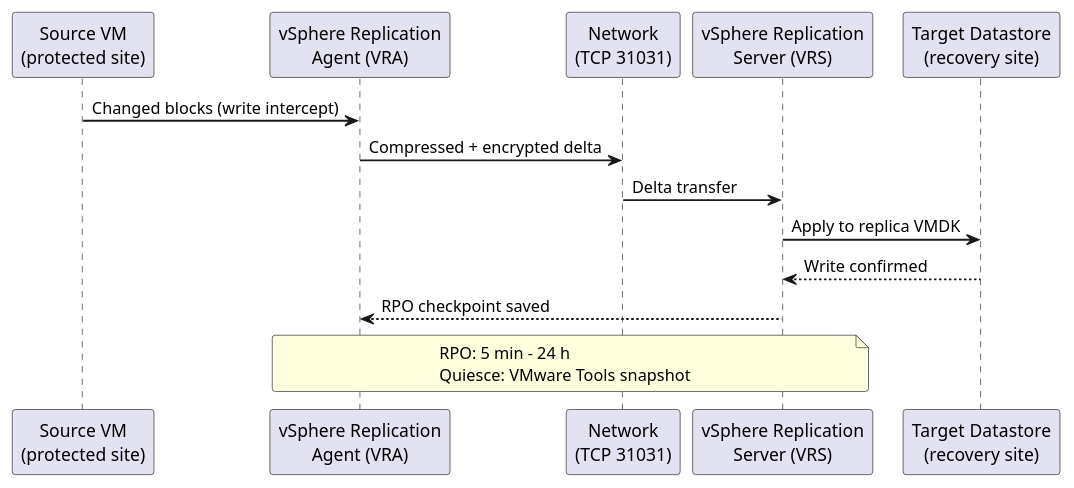
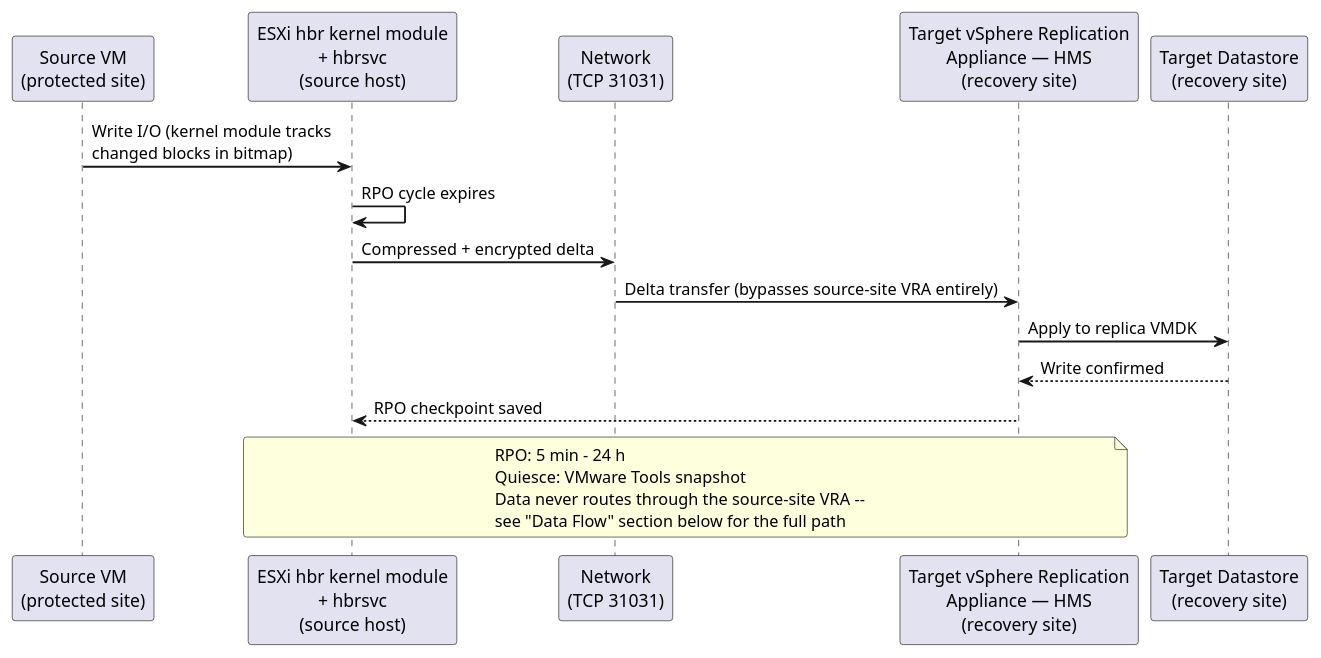
Before and after one commit to canast01/chris-kb: the diagram in docs/virtualization/vmware/vsphere-replication/architecture/how-it-works.md, drawn with PlantUML. The commit also changed other lines of this file, not shown here.

````diff
--- a/docs/virtualization/vmware/vsphere-replication/architecture/how-it-works.md
+++ b/docs/virtualization/vmware/vsphere-replication/architecture/how-it-works.md
@@ -16,24 +16,27 @@
 ```plantuml
 @startuml
 skinparam sequenceArrowThickness 1.5
 skinparam roundcorner 5
 
 participant "Source VM\n(protected site)" as SRC
-participant "vSphere Replication\nAgent (VRA)" as VRA_S
+participant "ESXi hbr kernel module\n+ hbrsvc\n(source host)" as HBR
 participant "Network\n(TCP 31031)" as NET
-participant "vSphere Replication\nServer (VRS)" as VRS_R
+participant "Target vSphere Replication\nAppliance — HMS\n(recovery site)" as TVRA
 participant "Target Datastore\n(recovery site)" as TGT
 
-SRC -> VRA_S: Changed blocks (write intercept)
-VRA_S -> NET: Compressed + encrypted delta
-NET -> VRS_R: Delta transfer
-VRS_R -> TGT: Apply to replica VMDK
-TGT --> VRS_R: Write confirmed
-VRS_R --> VRA_S: RPO checkpoint saved
+SRC -> HBR: Write I/O (kernel module tracks\nchanged blocks in bitmap)
+HBR -> HBR: RPO cycle expires
+HBR -> NET: Compressed + encrypted delta
+NET -> TVRA: Delta transfer (bypasses source-site VRA entirely)
+TVRA -> TGT: Apply to replica VMDK
+TGT --> TVRA: Write confirmed
+TVRA --> HBR: RPO checkpoint saved
 
-note over VRA_S,VRS_R
+note over HBR,TVRA
   RPO: 5 min – 24 h
   Quiesce: VMware Tools snapshot
+  Data never routes through the source-site VRA --
+  see "Data Flow" section below for the full path
 end note
 @enduml
 ```
````
